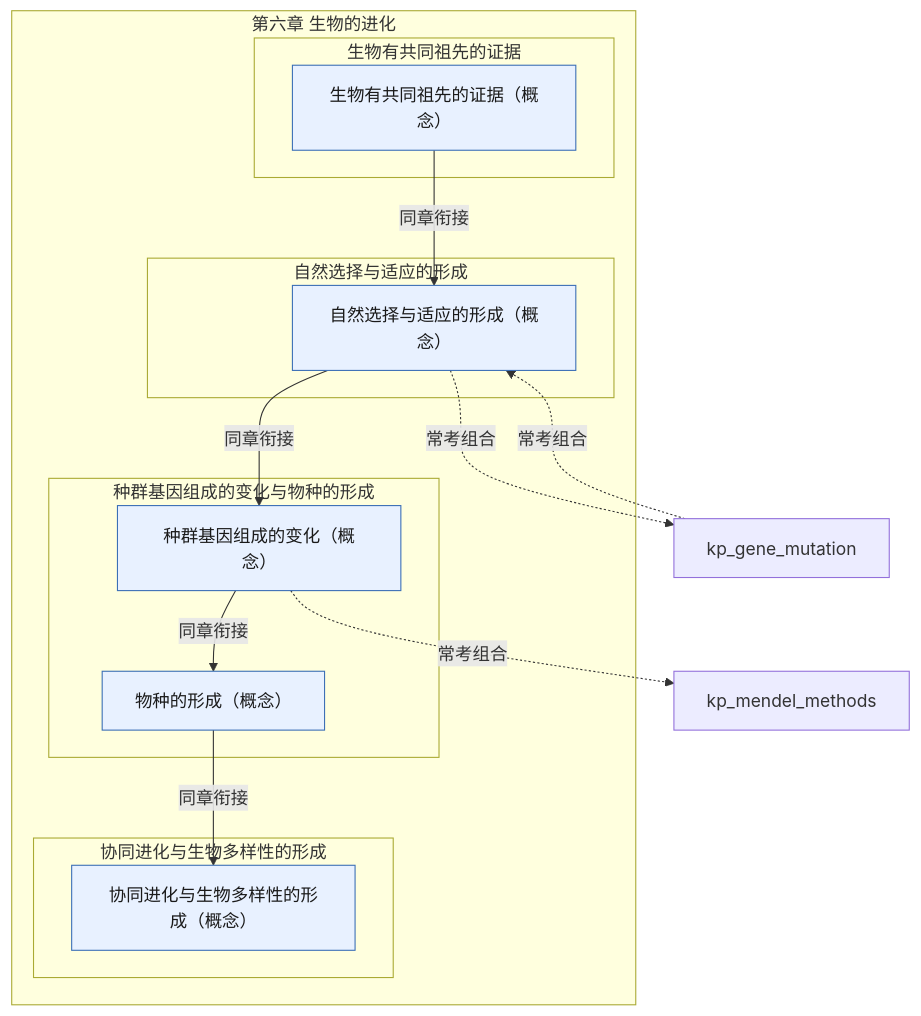
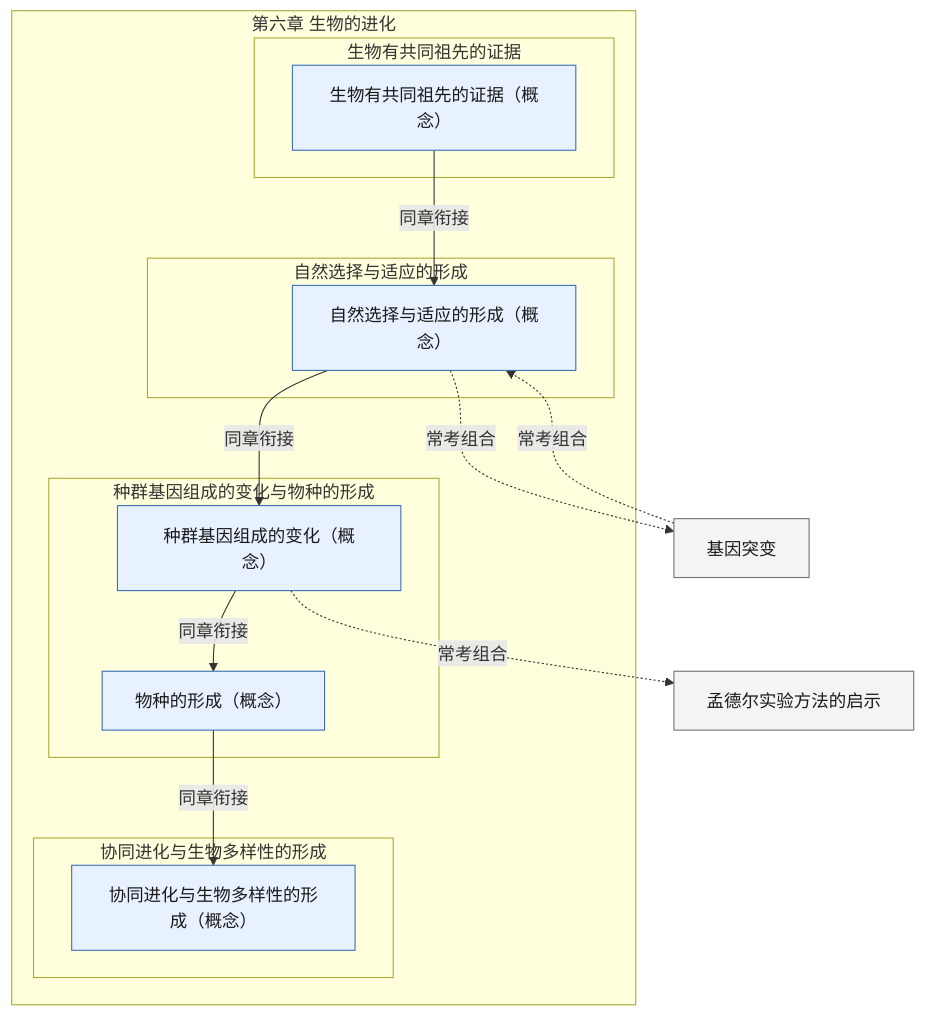
Before and after one commit to lihenair/high-school-ai-tutor-skill: the diagram in skills/high-school-ai-tutor/references/pep-bio-bx2-ch6.md, drawn with Mermaid. The commit also changed 20 other files, not shown here.

Commit message:
feat(graph): 跨章常考组合渲染为中文显示名（灰色外部节点），不再显示英文代号

````diff
--- a/skills/high-school-ai-tutor/references/pep-bio-bx2-ch6.md
+++ b/skills/high-school-ai-tutor/references/pep-bio-bx2-ch6.md
@@ -5,29 +5,29 @@
 ```mermaid
 flowchart TD
   classDef concept fill:#E8F1FF,stroke:#3B6FB6,color:#1A1A1A
   classDef skill fill:#E7F6EE,stroke:#2E7D4F,color:#1A1A1A
   classDef experiment fill:#FFF4E5,stroke:#C47B17,color:#1A1A1A
   classDef later fill:#F4F4F5,stroke:#71717A,color:#1A1A1A
   subgraph ch["第六章 生物的进化"]
     subgraph s1["生物有共同祖先的证据"]
       kp_common_ancestor["生物有共同祖先的证据（概念）"]:::concept
     end
     subgraph s2["自然选择与适应的形成"]
       kp_natural_selection_adaptation["自然选择与适应的形成（概念）"]:::concept
     end
     subgraph s3["种群基因组成的变化与物种的形成"]
       kp_population_gene_frequency["种群基因组成的变化（概念）"]:::concept
       kp_speciation["物种的形成（概念）"]:::concept
     end
     subgraph s4["协同进化与生物多样性的形成"]
       kp_coevolution_biodiversity["协同进化与生物多样性的形成（概念）"]:::concept
     end
   end
   kp_common_ancestor -->|同章衔接| kp_natural_selection_adaptation
   kp_natural_selection_adaptation -->|同章衔接| kp_population_gene_frequency
   kp_population_gene_frequency -->|同章衔接| kp_speciation
   kp_speciation -->|同章衔接| kp_coevolution_biodiversity
-  kp_natural_selection_adaptation -.->|常考组合| kp_gene_mutation
-  kp_population_gene_frequency -.->|常考组合| kp_mendel_methods
+  kp_natural_selection_adaptation -.->|常考组合| kp_gene_mutation["基因突变"]:::later
+  kp_population_gene_frequency -.->|常考组合| kp_mendel_methods["孟德尔实验方法的启示"]:::later
   kp_gene_mutation -.->|常考组合| kp_natural_selection_adaptation
 ```
````
